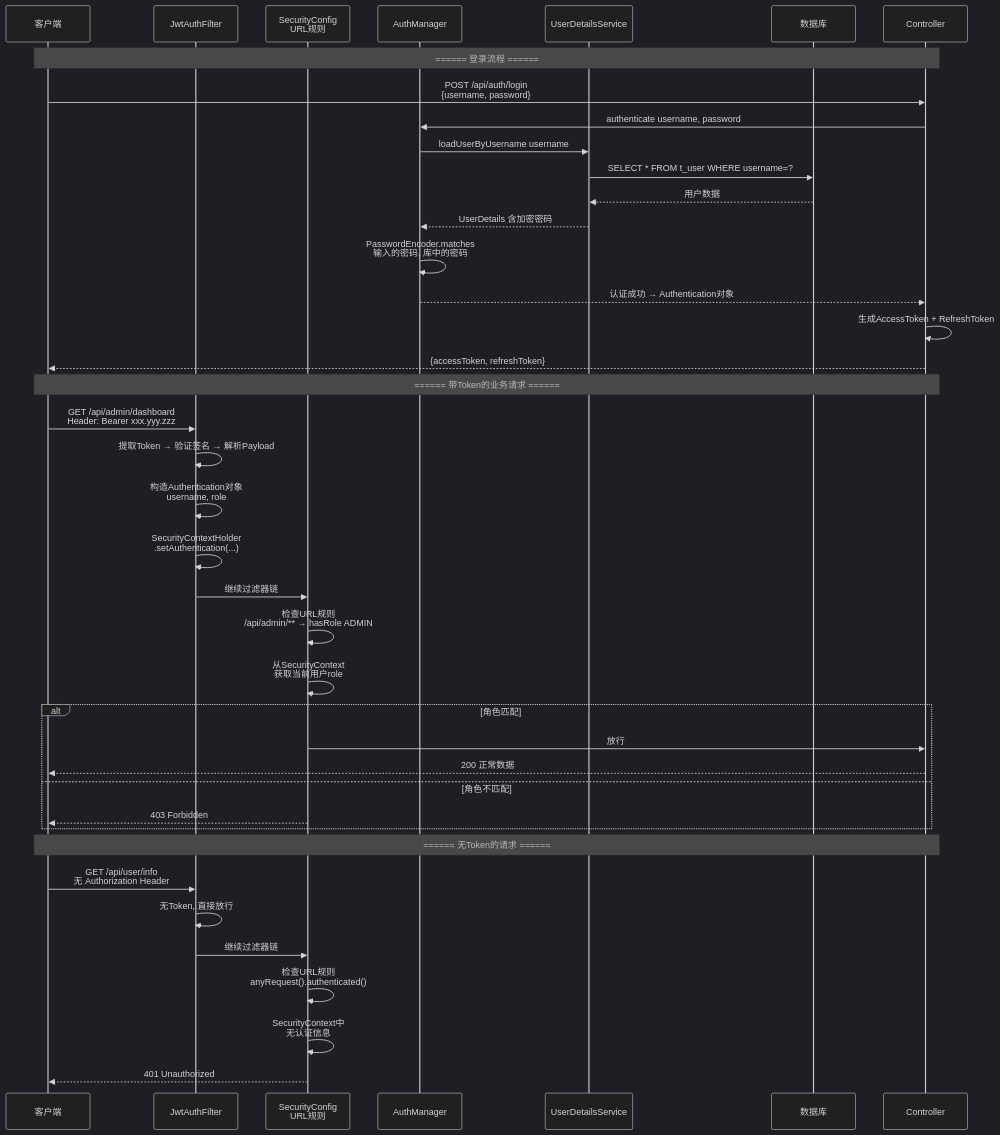
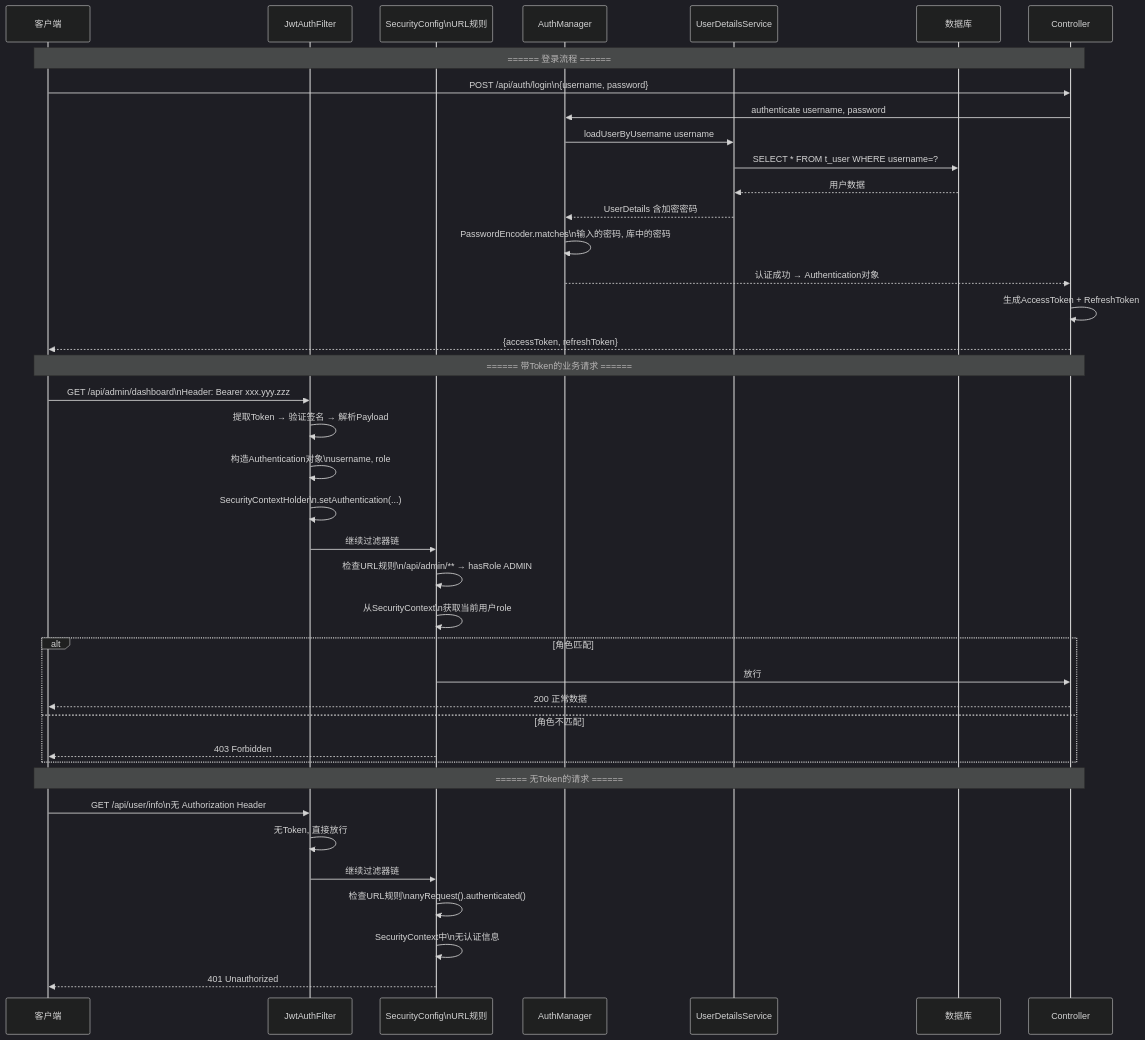
The sixth of 6 diagrams in content/posts/springsecurity/SpringSecurityJwtAuthGuide.md (yaocat55/yaocat55.github.io), drawn with Mermaid (dark theme) before and after one commit. The commit also changed other lines of this file and 155 other files, not shown here.

````diff
--- a/content/posts/springsecurity/SpringSecurityJwtAuthGuide.md
+++ b/content/posts/springsecurity/SpringSecurityJwtAuthGuide.md
@@ -1679,46 +1679,46 @@
 ```mermaid
 sequenceDiagram
     participant C as 客户端
     participant JWT as JwtAuthFilter
-    participant SEC as SecurityConfig<br/>URL规则
+    participant SEC as SecurityConfig\nURL规则
     participant AM as AuthManager
     participant UDS as UserDetailsService
     participant DB as 数据库
     participant API as Controller
 
     Note over C,API: ====== 登录流程 ======
-    C->>API: POST /api/auth/login<br/>{username, password}
+    C->>API: POST /api/auth/login\n{username, password}
     API->>AM: authenticate username, password
     AM->>UDS: loadUserByUsername username
     UDS->>DB: SELECT * FROM t_user WHERE username=?
     DB-->>UDS: 用户数据
     UDS-->>AM: UserDetails 含加密密码
-    AM->>AM: PasswordEncoder.matches<br/>输入的密码, 库中的密码
+    AM->>AM: PasswordEncoder.matches\n输入的密码, 库中的密码
     AM-->>API: 认证成功 → Authentication对象
     API->>API: 生成AccessToken + RefreshToken
     API-->>C: {accessToken, refreshToken}
 
     Note over C,API: ====== 带Token的业务请求 ======
-    C->>JWT: GET /api/admin/dashboard<br/>Header: Bearer xxx.yyy.zzz
+    C->>JWT: GET /api/admin/dashboard\nHeader: Bearer xxx.yyy.zzz
     JWT->>JWT: 提取Token → 验证签名 → 解析Payload
-    JWT->>JWT: 构造Authentication对象<br/>username, role
-    JWT->>JWT: SecurityContextHolder<br/>.setAuthentication(...)
+    JWT->>JWT: 构造Authentication对象\nusername, role
+    JWT->>JWT: SecurityContextHolder\n.setAuthentication(...)
     JWT->>SEC: 继续过滤器链
 
-    SEC->>SEC: 检查URL规则<br/>/api/admin/** → hasRole ADMIN
-    SEC->>SEC: 从SecurityContext<br/>获取当前用户role
+    SEC->>SEC: 检查URL规则\n/api/admin/** → hasRole ADMIN
+    SEC->>SEC: 从SecurityContext\n获取当前用户role
     alt 角色匹配
         SEC->>API: 放行
         API-->>C: 200 正常数据
     else 角色不匹配
         SEC-->>C: 403 Forbidden
     end
 
     Note over C,API: ====== 无Token的请求 ======
-    C->>JWT: GET /api/user/info<br/>无 Authorization Header
+    C->>JWT: GET /api/user/info\n无 Authorization Header
     JWT->>JWT: 无Token, 直接放行
     JWT->>SEC: 继续过滤器链
-    SEC->>SEC: 检查URL规则<br/>anyRequest().authenticated()
-    SEC->>SEC: SecurityContext中<br/>无认证信息
+    SEC->>SEC: 检查URL规则\nanyRequest().authenticated()
+    SEC->>SEC: SecurityContext中\n无认证信息
     SEC-->>C: 401 Unauthorized
 ```
````
